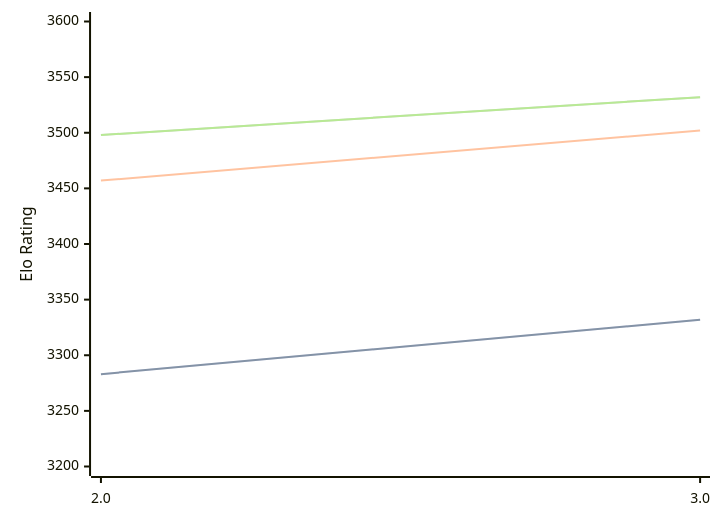
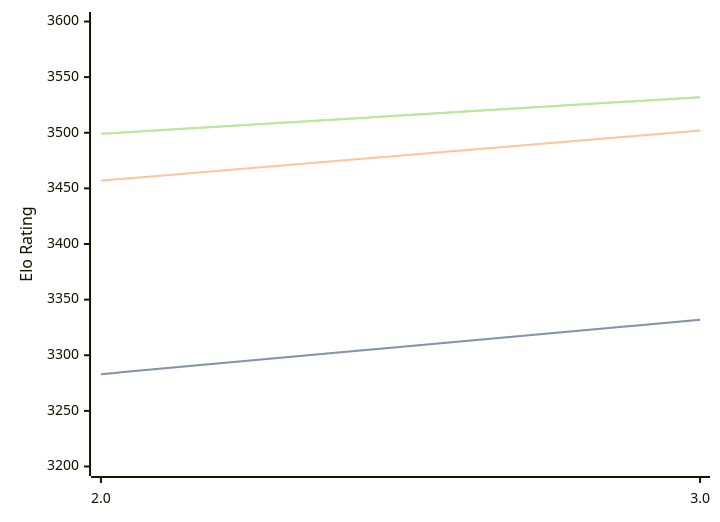
The diagram in engines/Quanticade.md (computer-chess-index/cci), drawn with Mermaid before and after one commit. The commit also changed other lines of this file, not shown here.

Commit message:
Update CCI Ratings (ELO VLTC) - 2026-07-20

````diff
--- a/engines/Quanticade.md
+++ b/engines/Quanticade.md
@@ -41,11 +41,11 @@
 ```mermaid
 %%{init: {"theme":"base","themeVariables":{"seriesColors:['#a3a3a3','#222221','#faa371']}}}%%
 xychart-beta
   x-axis ["2.0", "3.0"]
   y-axis "Elo Rating" 3200 --> 3600
   line "STC (8.0+0.08s)" [3283, 3332]
   line "STC (8.0+0.08s)" [3283, 3332]
   line "LTC (60.0+0.60s)" [3457, 3502]
-  line "VLTC (2m24s+1.12s)" [3498, 3532]
-  line "VLTC (2m24s+1.12s)" [3498, 3532]
+  line "VLTC (2m24s+1.12s)" [3499, 3532]
+  line "VLTC (2m24s+1.12s)" [3499, 3532]
 ```
````
